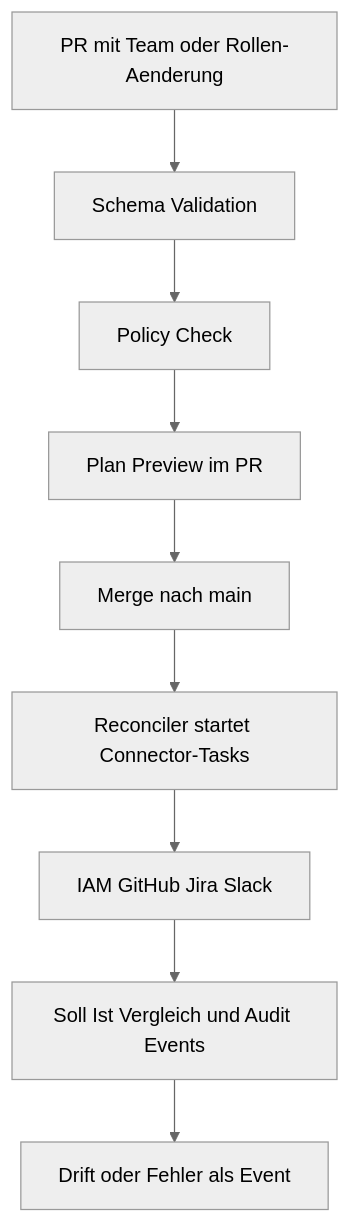
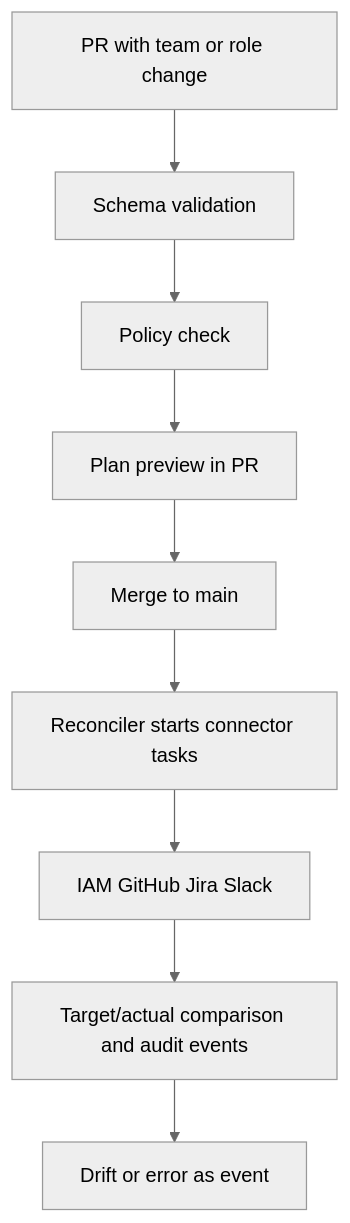
The diagram in docs/en/oac-enterprise-control-plane-mvp.md (notariat8/NaC), drawn with Mermaid (neutral theme) before and after one commit. The commit also changed other lines of this file and 67 other files, not shown here.

````diff
--- a/docs/en/oac-enterprise-control-plane-mvp.md
+++ b/docs/en/oac-enterprise-control-plane-mvp.md
@@ -39,11 +41,11 @@
 ```mermaid
 flowchart TD
-    A[PR mit Team oder Rollen-Aenderung] --> B[Schema Validation]
-    B --> C[Policy Check]
-    C --> D[Plan Preview im PR]
-    D --> E[Merge nach main]
-    E --> F[Reconciler startet Connector-Tasks]
+    A[PR with team or role change] --> B[Schema validation]
+    B --> C[Policy check]
+    C --> D[Plan preview in PR]
+    D --> E[Merge to main]
+    E --> F[Reconciler starts connector tasks]
     F --> G[IAM GitHub Jira Slack]
-    G --> H[Soll Ist Vergleich und Audit Events]
-    H --> I[Drift oder Fehler als Event]
+    G --> H[Target/actual comparison and audit events]
+    H --> I[Drift or error as event]
 ```
````
